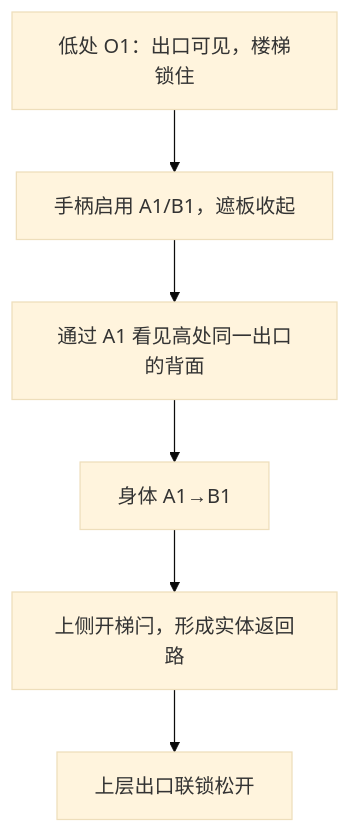
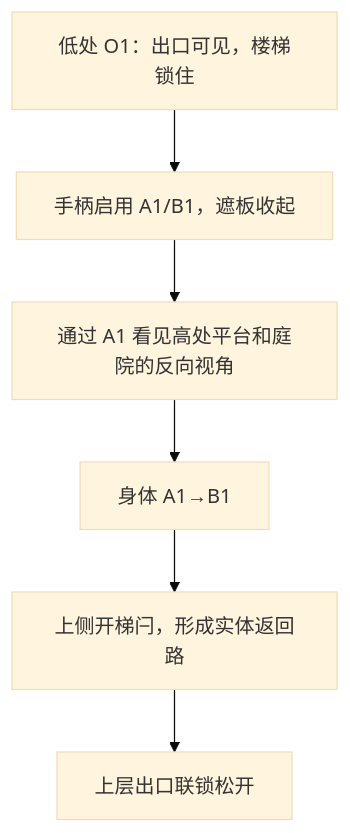
Before and after one commit to arkglide/foldline: the second of 4 diagrams in docs/design/chapter-01-awakening.md, drawn with Mermaid (base theme). The commit also changed other lines of this file and 33 other files, not shown here.

````diff
--- a/docs/design/chapter-01-awakening.md
+++ b/docs/design/chapter-01-awakening.md
@@ -112,8 +137,8 @@
 ```mermaid
 flowchart TD
   O["低处 O1：出口可见，楼梯锁住"] --> H["手柄启用 A1/B1，遮板收起"]
-  H --> V["通过 A1 看见高处同一出口的背面"]
+  H --> V["通过 A1 看见高处平台和庭院的反向视角"]
   V --> T["身体 A1→B1"]
   T --> L["上侧开梯闩，形成实体返回路"]
   L --> G["上层出口联锁松开"]
 ```
````
